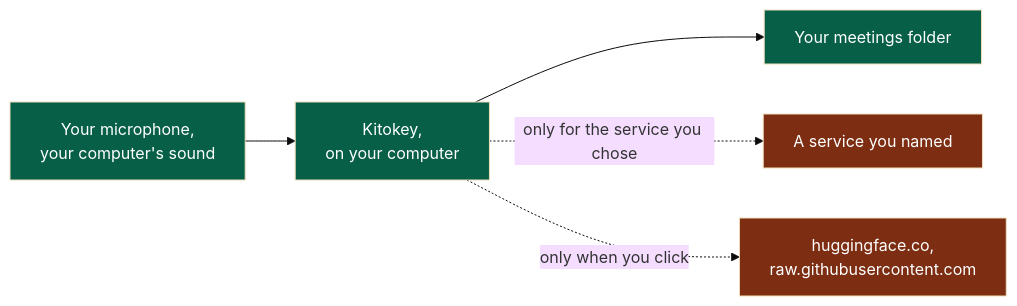
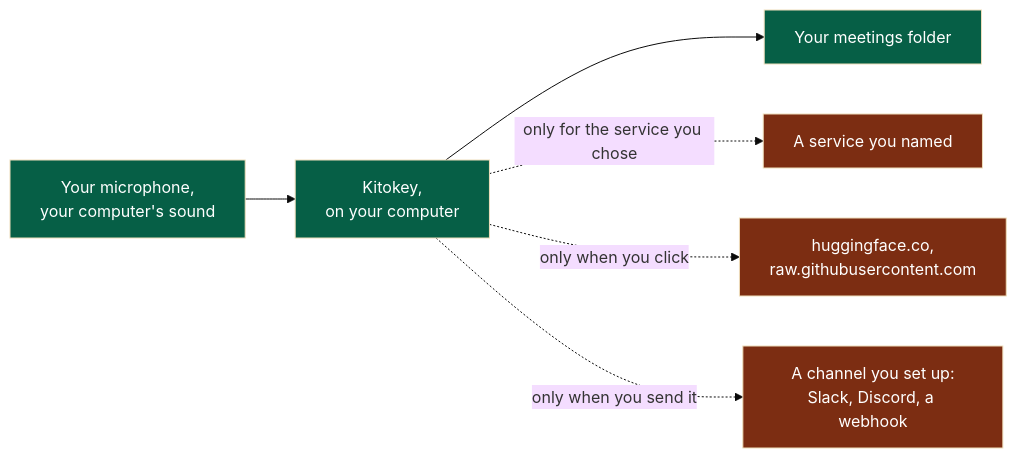
Before and after one commit to NapkinStack/kitokey: the diagram in docs/privacy.md, drawn with Mermaid (base theme). The commit also changed other lines of this file, not shown here.

First line of the commit message:
docs: the privacy policy says how a summary is sent to a channel, as D110 delivered it

````diff
--- a/docs/privacy.md
+++ b/docs/privacy.md
@@ -6,8 +6,9 @@
 ```mermaid
 flowchart LR
     M["Your microphone,<br/>your computer's sound"]:::here --> W["Kitokey,<br/>on your computer"]:::here --> F["Your meetings folder"]:::here
     W -. "only for the service you chose" .-> S["A service you named"]:::out
     W -. "only when you click" .-> D["huggingface.co,<br/>raw.githubusercontent.com"]:::out
+    W -. "only when you send it" .-> C["A channel you set up:<br/>Slack, Discord, a webhook"]:::out
     classDef here fill:#065f46,color:#fff
     classDef out fill:#7c2d12,color:#fff
 ```
````
